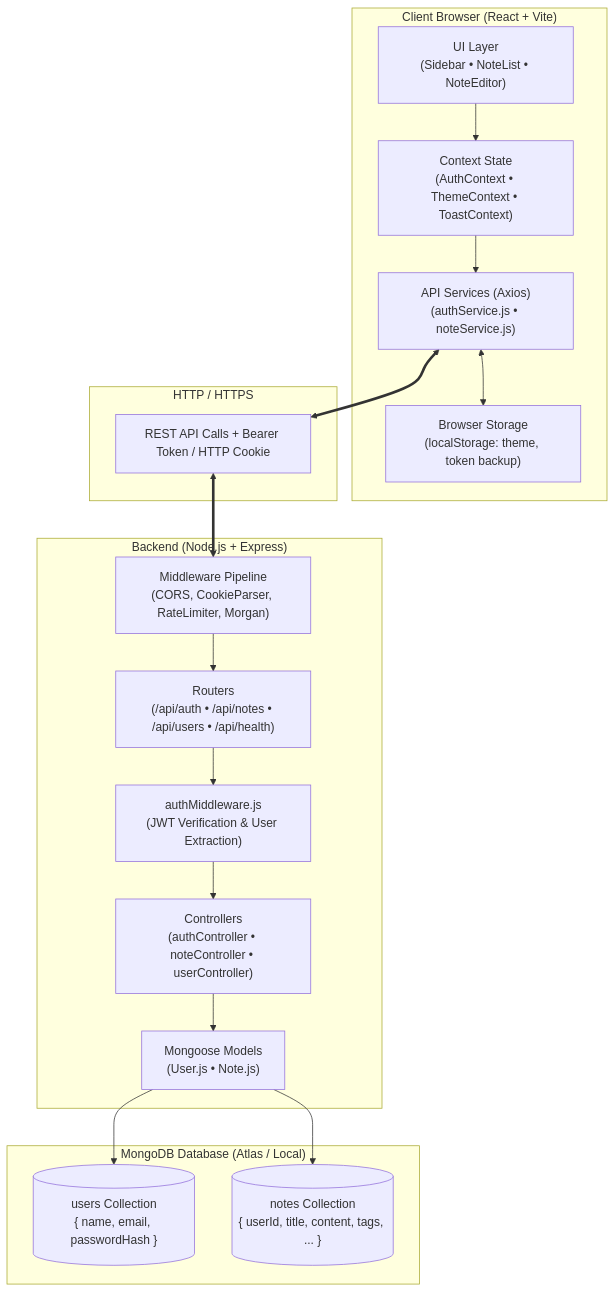
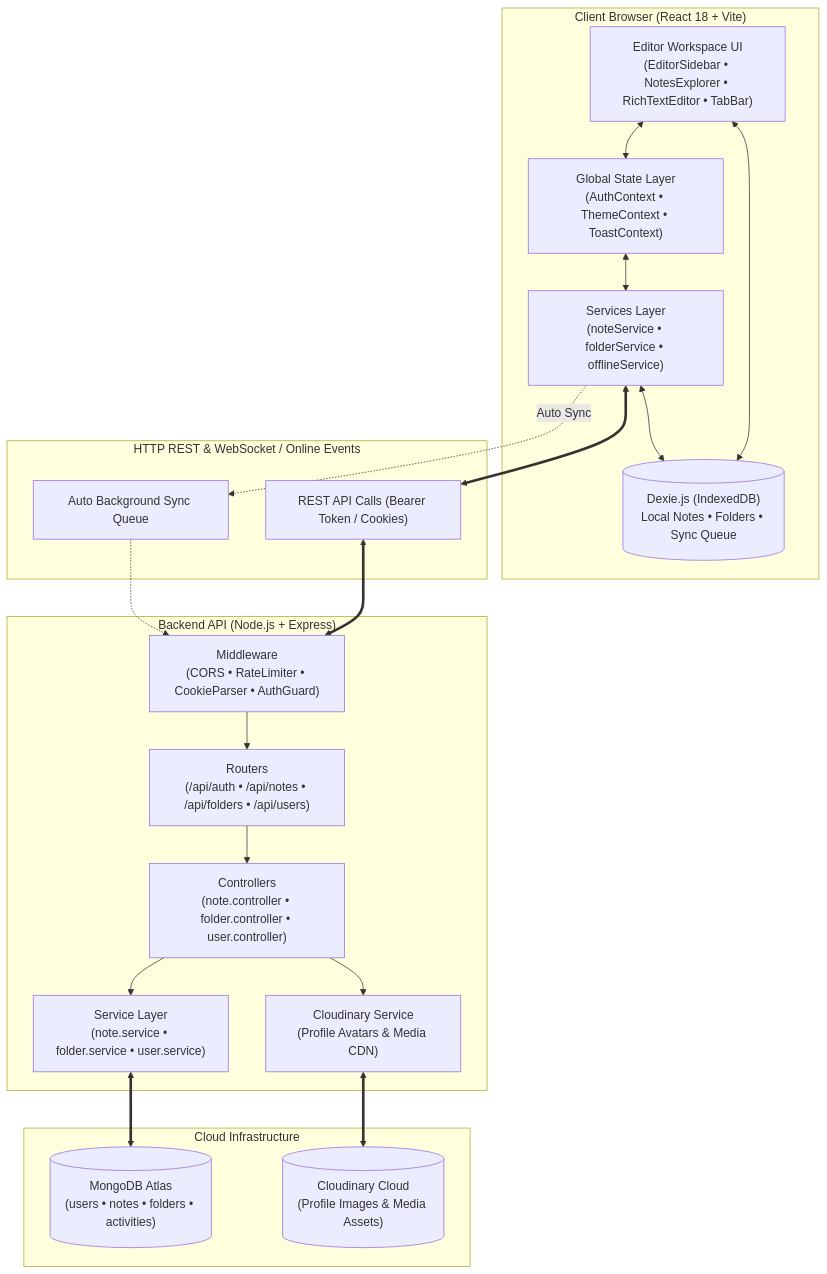
The first of 5 diagrams in README.md (anshumangarg5410/Notes-Making-App), drawn with Mermaid before and after one commit. The commit also changed other lines of this file, not shown here.

````diff
--- a/README.md
+++ b/README.md
@@ -84,40 +103,40 @@
 ```mermaid
 flowchart TB
-    subgraph Client ["Client Browser (React + Vite)"]
-        UI["UI Layer\n(Sidebar • NoteList • NoteEditor)"]
-        CTX["Context State\n(AuthContext • ThemeContext • ToastContext)"]
-        API_SVC["API Services (Axios)\n(authService.js • noteService.js)"]
-        LOCAL["Browser Storage\n(localStorage: theme, token backup)"]
-        
-        UI --> CTX
-        CTX --> API_SVC
-        API_SVC <--> LOCAL
+    subgraph Client ["Client Browser (React 18 + Vite)"]
+        UI["Editor Workspace UI\n(EditorSidebar • NotesExplorer • RichTextEditor • TabBar)"]
+        DEXIE[("Dexie.js (IndexedDB)\nLocal Notes • Folders • Sync Queue")]
+        STATE["Global State Layer\n(AuthContext • ThemeContext • ToastContext)"]
+        CLIENT_SVC["Services Layer\n(noteService • folderService • offlineService)"]
+
+        UI <--> DEXIE
+        UI <--> STATE
+        STATE <--> CLIENT_SVC
+        CLIENT_SVC <--> DEXIE
     end
 
-    subgraph Network ["HTTP / HTTPS"]
-        REQ["REST API Calls + Bearer Token / HTTP Cookie"]
+    subgraph Network ["HTTP REST & WebSocket / Online Events"]
+        HTTP_REQ["REST API Calls (Bearer Token / Cookies)"]
+        SYNC_EVT["Auto Background Sync Queue"]
     end
 
-    subgraph Server ["Backend (Node.js + Express)"]
-        MW["Middleware Pipeline\n(CORS, CookieParser, RateLimiter, Morgan)"]
-        AUTH_MW["authMiddleware.js\n(JWT Verification & User Extraction)"]
-        ROUTERS["Routers\n(/api/auth • /api/notes • /api/users • /api/health)"]
-        CTRL["Controllers\n(authController • noteController • userController)"]
-        MODELS["Mongoose Models\n(User.js • Note.js)"]
+    subgraph Server ["Backend API (Node.js + Express)"]
+        MW["Middleware\n(CORS • RateLimiter • CookieParser • AuthGuard)"]
+        ROUTERS["Routers\n(/api/auth • /api/notes • /api/folders • /api/users)"]
+        CTRL["Controllers\n(note.controller • folder.controller • user.controller)"]
+        SVC["Service Layer\n(note.service • folder.service • user.service)"]
+        CLOUD_CFG["Cloudinary Service\n(Profile Avatars & Media CDN)"]
 
-        MW --> ROUTERS
-        ROUTERS --> AUTH_MW
-        AUTH_MW --> CTRL
-        CTRL --> MODELS
+        MW --> ROUTERS --> CTRL --> SVC
+        CTRL --> CLOUD_CFG
     end
 
-    subgraph Database ["MongoDB Database (Atlas / Local)"]
-        USERS_COL[("users Collection\n{ name, email, passwordHash }")]
-        NOTES_COL[("notes Collection\n{ userId, title, content, tags, ... }")]
-        
-        MODELS --> USERS_COL
-        MODELS --> NOTES_COL
+    subgraph Storage ["Cloud Infrastructure"]
+        MONGO_DB[("MongoDB Atlas\n(users • notes • folders • activities)")]
+        CLOUDINARY_CDN[("Cloudinary Cloud\n(Profile Images & Media Assets)")]
     end
 
-    API_SVC <==> REQ <==> MW
+    CLIENT_SVC <==> HTTP_REQ <==> MW
+    CLIENT_SVC -. "Auto Sync" .-> SYNC_EVT -.-> MW
+    SVC <==> MONGO_DB
+    CLOUD_CFG <==> CLOUDINARY_CDN
 ```
````
